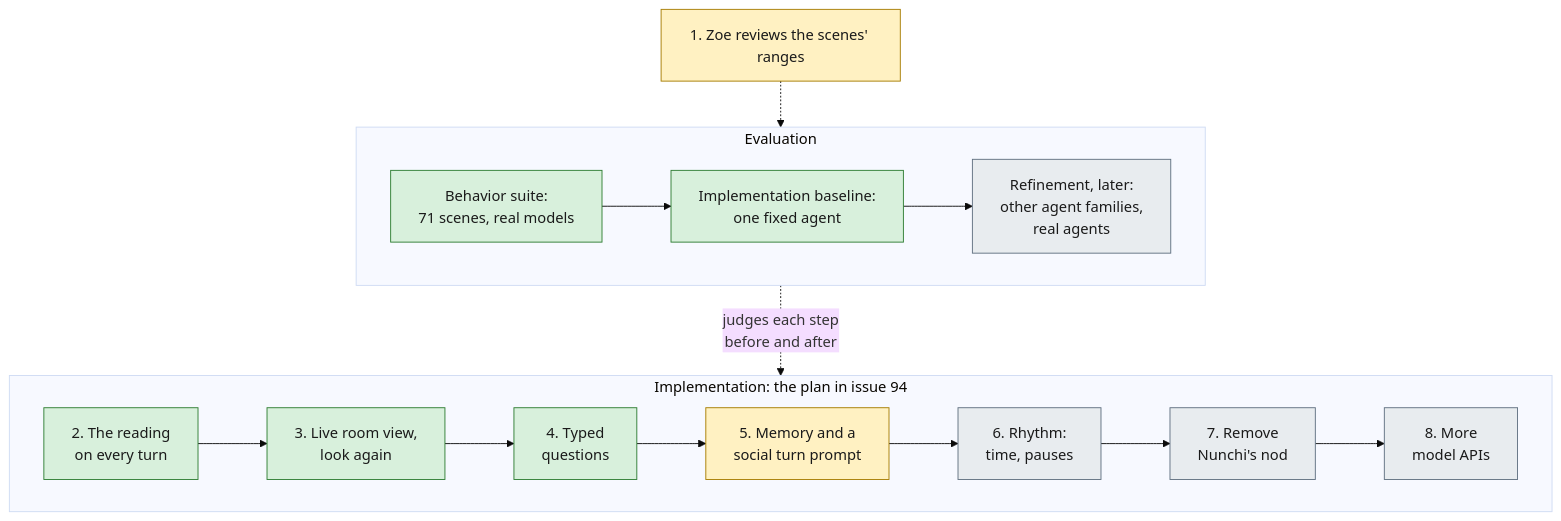
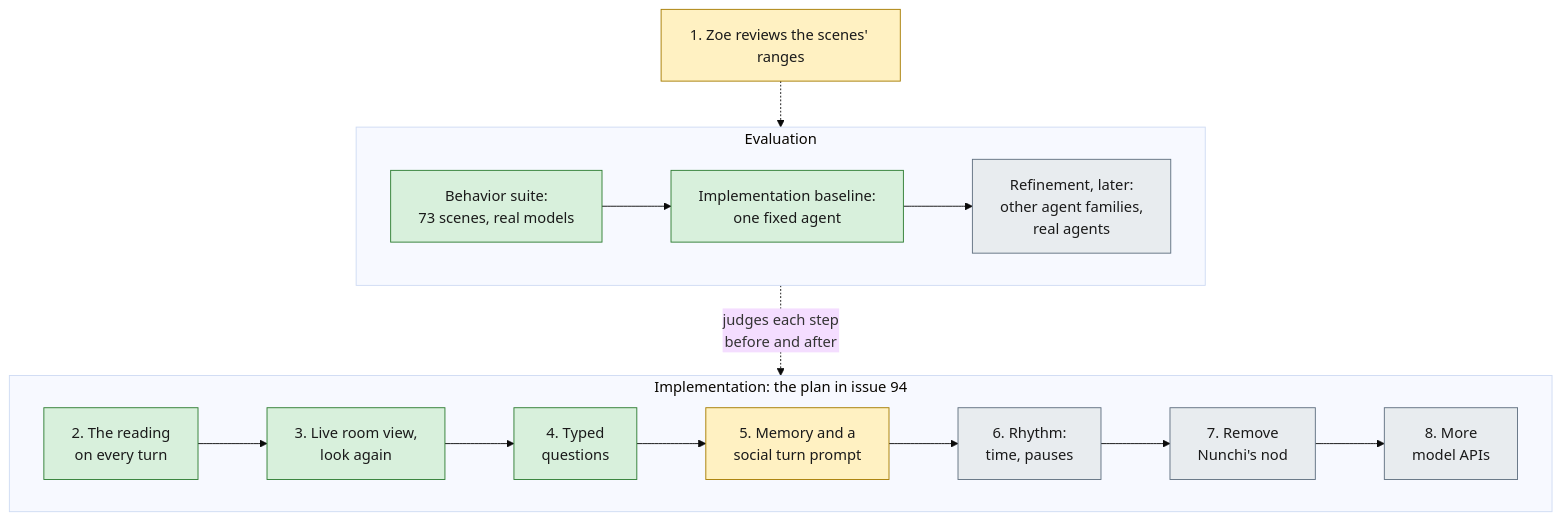
Before and after one commit to mentatzoe/nunchi: the third of 3 diagrams in README.md, drawn with Mermaid (base theme). The commit also changed 4 other files, not shown here.

````diff
--- a/README.md
+++ b/README.md
@@ -85,27 +85,27 @@
 ```mermaid
 flowchart TB
     classDef done fill:#d8f0dc,stroke:#2e7d32,color:#1a1a1a
     classDef next fill:#fff1c2,stroke:#a67c00,color:#1a1a1a
     classDef later fill:#e8ecef,stroke:#607080,color:#1a1a1a
     subgraph build["Implementation: the plan in issue 94"]
         direction LR
         p2["2. The reading<br/>on every turn"]:::done
         p3["3. Live room view,<br/>look again"]:::done
         p4["4. Typed<br/>questions"]:::done
         p5["5. Memory and a<br/>social turn prompt"]:::next
         p6["6. Rhythm:<br/>time, pauses"]:::later
         p7["7. Remove<br/>Nunchi's nod"]:::later
         p8["8. More<br/>model APIs"]:::later
         p2 --> p3 --> p4 --> p5 --> p6 --> p7 --> p8
     end
     subgraph measure["Evaluation"]
         direction LR
-        e1["Behavior suite:<br/>71 scenes, real models"]:::done
+        e1["Behavior suite:<br/>73 scenes, real models"]:::done
         e2["Implementation baseline:<br/>one fixed agent"]:::done
         e3["Refinement, later:<br/>other agent families,<br/>real agents"]:::later
         e1 --> e2 --> e3
     end
     p1["1. Zoe reviews the scenes' ranges"]:::next
     p1 -.-> measure
     measure -. "judges each step<br/>before and after" .-> build
 ```
````
